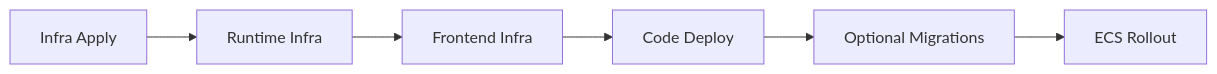
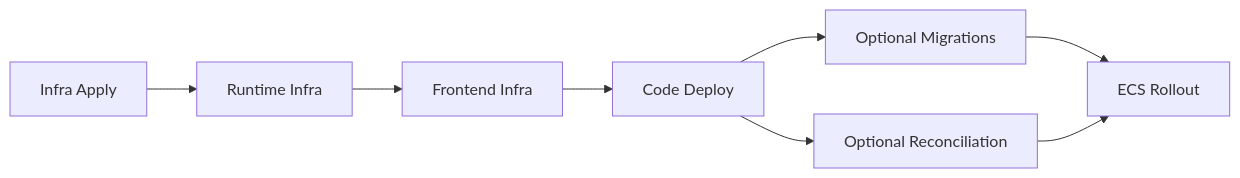
The third of 3 diagrams in .github/docs/README.md (chrispsheehan/aws-serverless-github-deploy), drawn with Mermaid before and after one commit. The commit also changed other lines of this file and 18 other files, not shown here.

````diff
--- a/.github/docs/README.md
+++ b/.github/docs/README.md
@@ -66,8 +66,10 @@
 ```mermaid
 flowchart LR
   infra["Infra Apply"] --> runtimes["Runtime Infra"]
   runtimes --> frontend["Frontend Infra"]
   frontend --> deploy["Code Deploy"]
   deploy --> migrate["Optional Migrations"]
+  deploy --> reconcile["Optional Reconciliation"]
   migrate --> ecs["ECS Rollout"]
+  reconcile --> ecs
 ```
````
